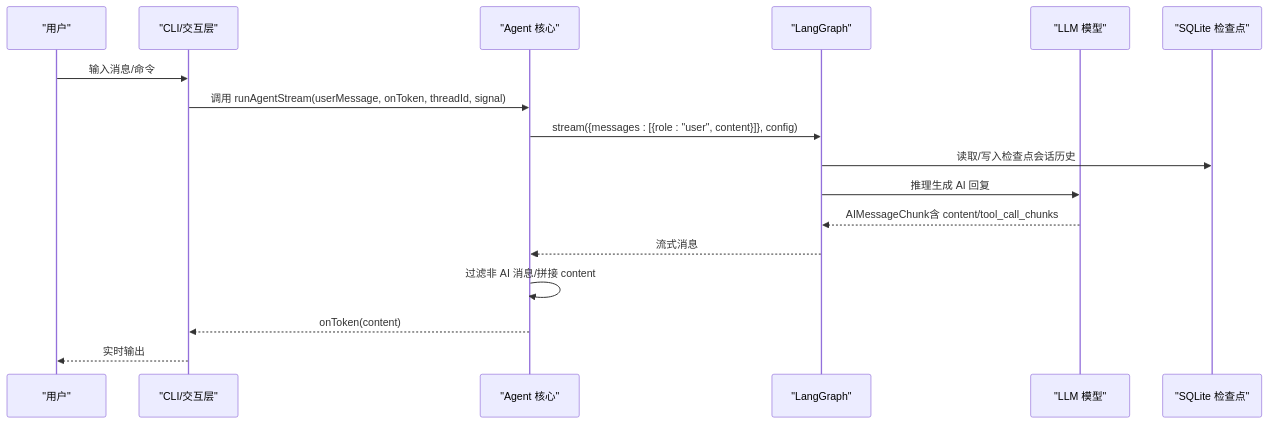
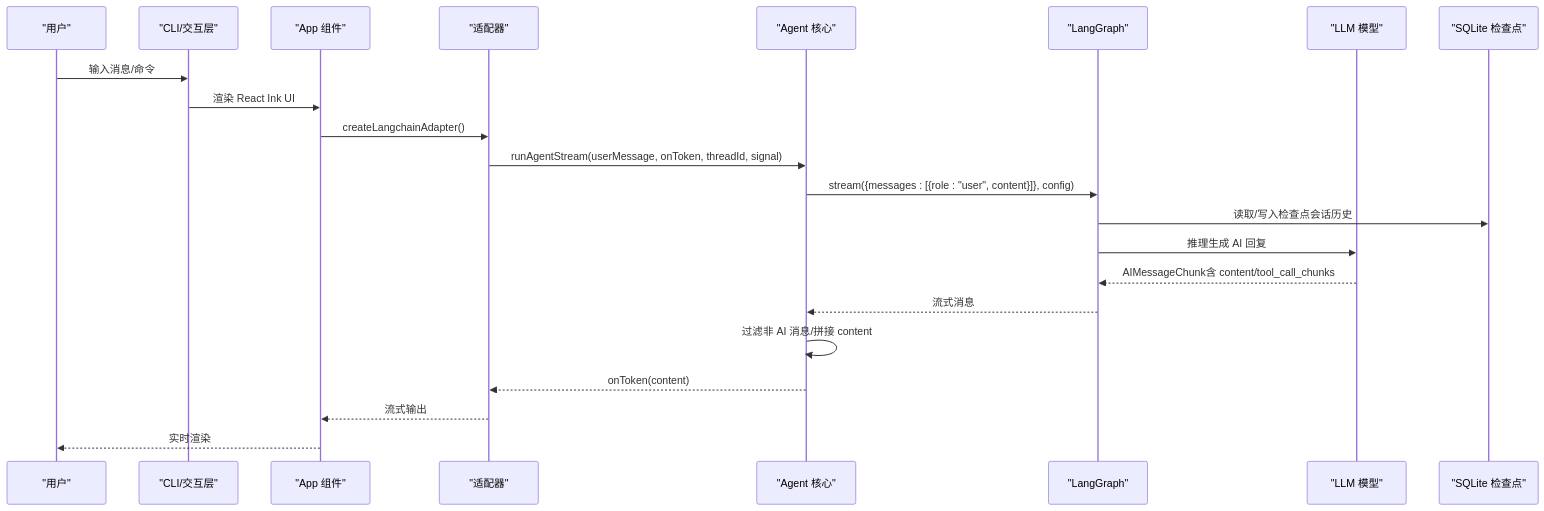
One commit to HAOFUYANG/onion-code changed the third of 13 diagrams in .qoder/repowiki/zh/content/核心架构/核心架构.md. Above: the diagram before and after it, drawn with Mermaid. The commit also changed other lines of this file and 29 other files, not shown here.

````diff
--- a/.qoder/repowiki/zh/content/核心架构/核心架构.md
+++ b/.qoder/repowiki/zh/content/核心架构/核心架构.md
@@ -202,19 +239,24 @@
 ```mermaid
 sequenceDiagram
 participant U as "用户"
 participant CLI as "CLI/交互层"
+participant APP as "App 组件"
+participant AD as "适配器"
 participant AG as "Agent 核心"
 participant LG as "LangGraph"
 participant M as "LLM 模型"
 participant CP as "SQLite 检查点"
 U->>CLI : 输入消息/命令
-CLI->>AG : 调用 runAgentStream(userMessage, onToken, threadId, signal)
+CLI->>APP : 渲染 React Ink UI
+APP->>AD : createLangchainAdapter()
+AD->>AG : runAgentStream(userMessage, onToken, threadId, signal)
 AG->>LG : stream({messages : [{role : "user", content}]}, config)
 LG->>CP : 读取/写入检查点会话历史
 LG->>M : 推理生成 AI 回复
 M-->>LG : AIMessageChunk含 content/tool_call_chunks
 LG-->>AG : 流式消息
 AG->>AG : 过滤非 AI 消息/拼接 content
-AG-->>CLI : onToken(content)
-CLI-->>U : 实时输出
+AG-->>AD : onToken(content)
+AD-->>APP : 流式输出
+APP-->>U : 实时渲染
 ```
````
